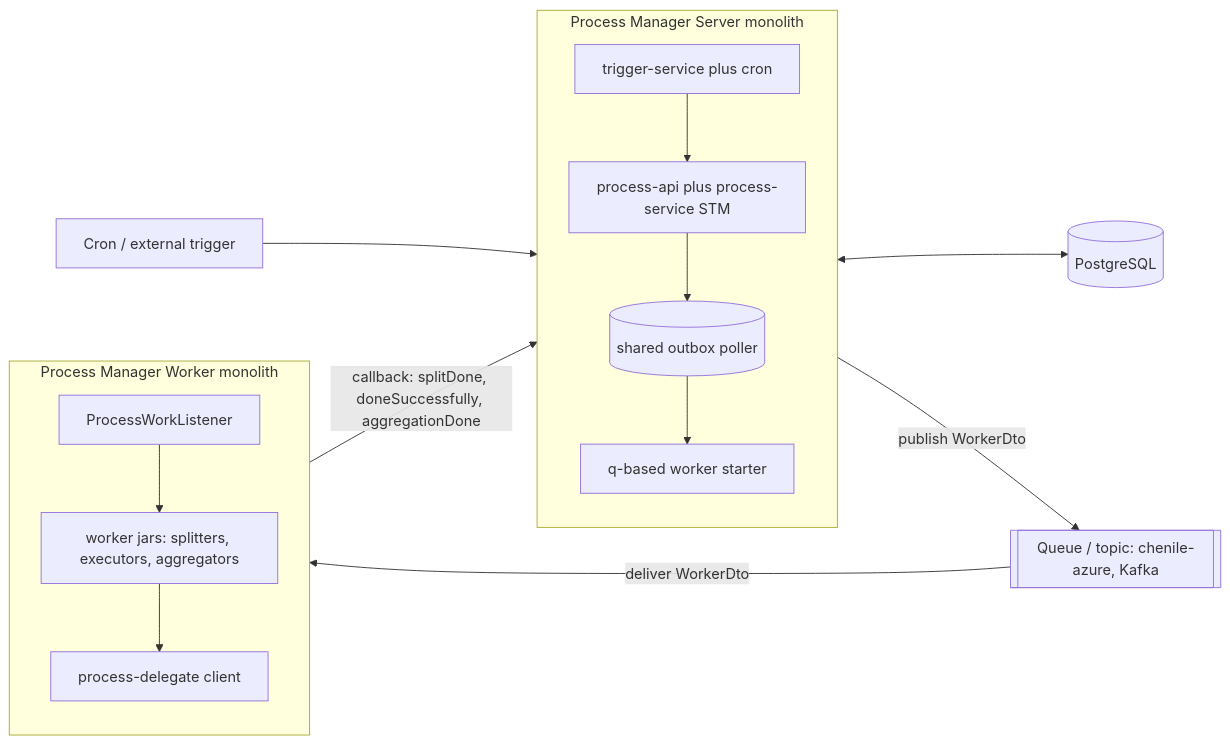
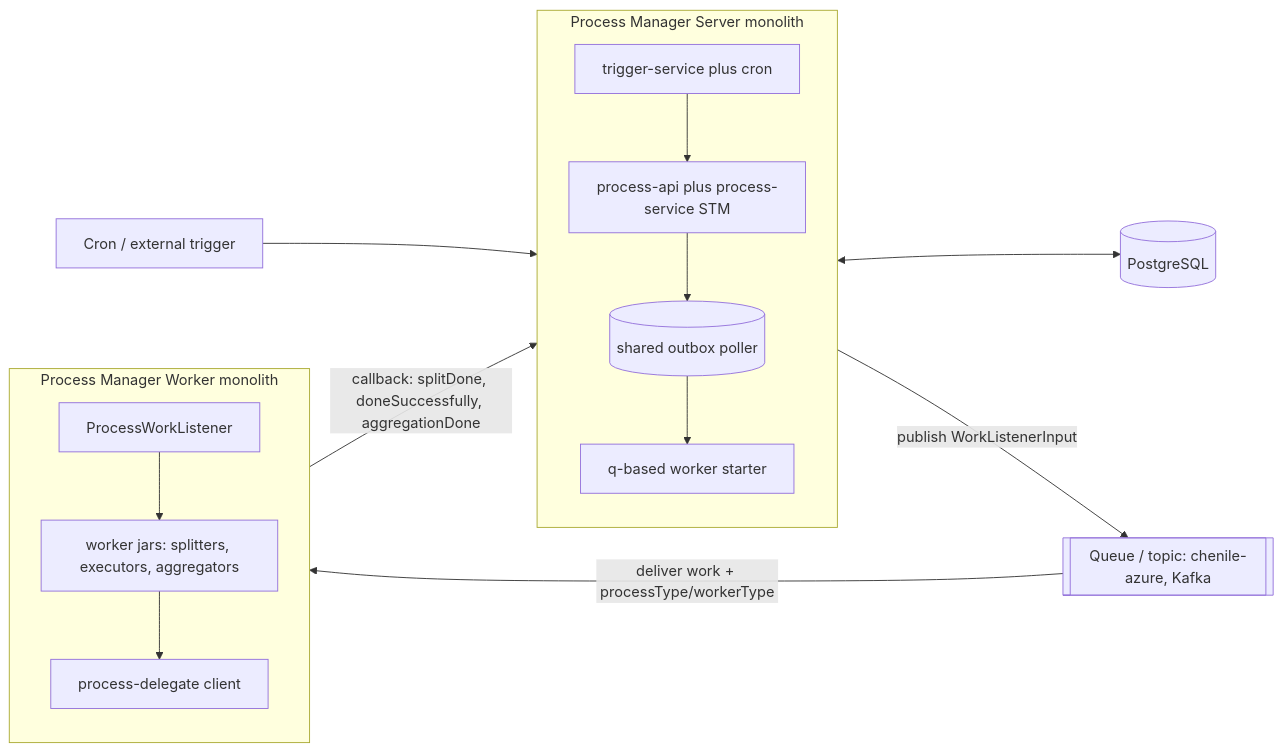
One commit to ajapros/chenile-process-management changed the first of 3 diagrams in docs/deployment.md. Above: the diagram before and after it, drawn with Mermaid. The commit also changed other lines of this file and 4 other files, not shown here.

Commit message:
Docs: serviceSelector and typed process work listeners

````diff
--- a/docs/deployment.md
+++ b/docs/deployment.md
@@ -31,33 +31,33 @@
 ```mermaid
 flowchart LR
     Trigger[Cron / external trigger]
 
     subgraph Server[Process Manager Server monolith]
         direction TB
         TS[trigger-service plus cron]
         PM[process-api plus process-service STM]
         OB[(shared outbox poller)]
         WS[q-based worker starter]
         TS --> PM
         PM --> OB
         OB --> WS
     end
 
     subgraph Worker[Process Manager Worker monolith]
         direction TB
         WL[ProcessWorkListener]
         WJ["worker jars: splitters, executors, aggregators"]
         DG[process-delegate client]
         WL --> WJ
         WJ --> DG
     end
 
     DB[(PostgreSQL)]
     Q[["Queue / topic: chenile-azure, Kafka"]]
 
     Trigger --> TS
     PM <--> DB
-    WS -->|publish WorkerDto| Q
-    Q -->|deliver WorkerDto| WL
+    WS -->|publish WorkListenerInput| Q
+    Q -->|deliver work + processType/workerType| WL
     DG -->|"callback: splitDone, doneSuccessfully, aggregationDone"| PM
 ```
````
